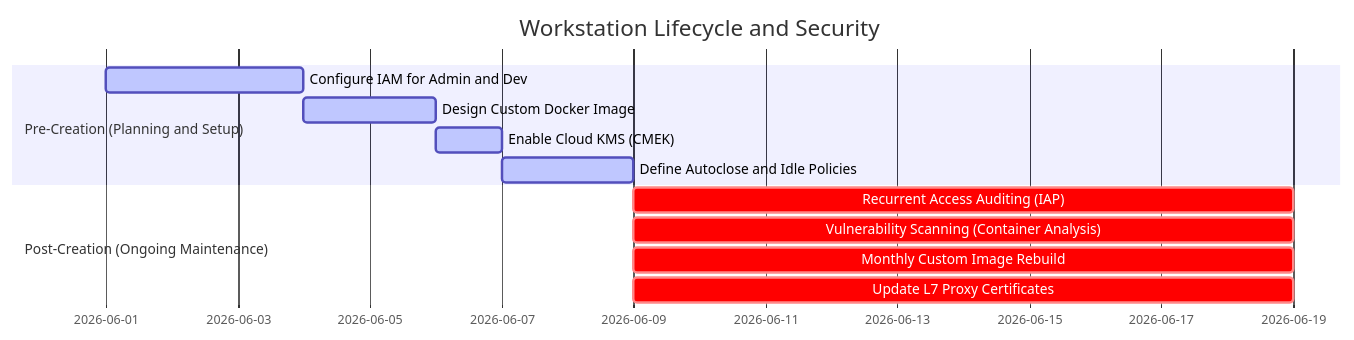
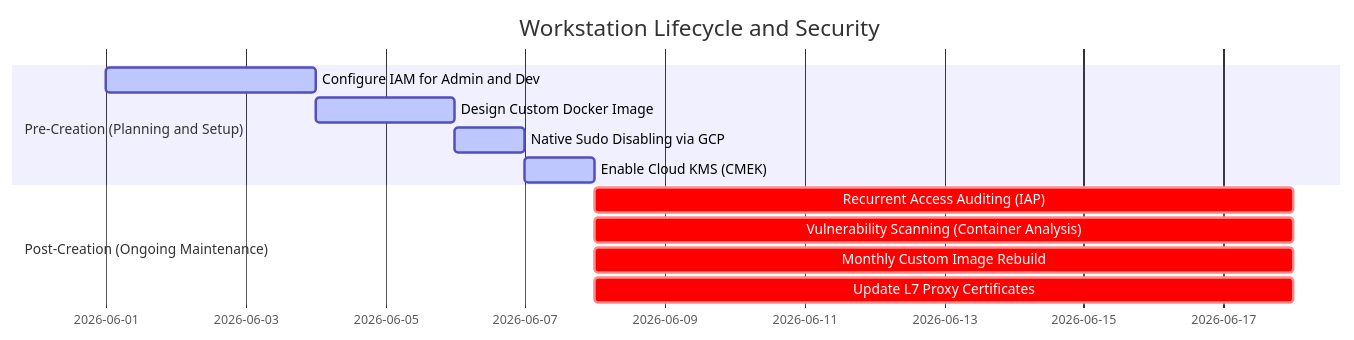
One commit to sahvieirag/cloud-workstations-custom changed the diagram in docs/maintenance_access_control_best_practices_en.md. Above: the diagram before and after it, drawn with Mermaid. The commit also changed other lines of this file and 9 other files, not shown here.

````diff
--- a/docs/maintenance_access_control_best_practices_en.md
+++ b/docs/maintenance_access_control_best_practices_en.md
@@ -13,15 +13,15 @@
 ```mermaid
 gantt
     title Workstation Lifecycle and Security
     dateFormat  YYYY-MM-DD
     section Pre-Creation (Planning and Setup)
     Configure IAM for Admin and Dev        :active, first_iam, 2026-06-01, 3d
     Design Custom Docker Image             :active, docker_design, after first_iam, 2d
-    Enable Cloud KMS (CMEK)                :active, kms_setup, after docker_design, 1d
-    Define Autoclose and Idle Policies    :active, policy_def, after kms_setup, 2d
+    Native Sudo Disabling via GCP          :active, sudo_disable, after docker_design, 1d
+    Enable Cloud KMS (CMEK)                :active, kms_setup, after sudo_disable, 1d
     section Post-Creation (Ongoing Maintenance)
-    Recurrent Access Auditing (IAP)        :crit, access_audit, after policy_def, 10d
-    Vulnerability Scanning (Container Analysis) :crit, vuln_scan, after policy_def, 10d
-    Monthly Custom Image Rebuild           :crit, image_rebuild, after policy_def, 10d
-    Update L7 Proxy Certificates           :crit, cert_update, after policy_def, 10d
+    Recurrent Access Auditing (IAP)        :crit, access_audit, after kms_setup, 10d
+    Vulnerability Scanning (Container Analysis) :crit, vuln_scan, after kms_setup, 10d
+    Monthly Custom Image Rebuild           :crit, image_rebuild, after kms_setup, 10d
+    Update L7 Proxy Certificates           :crit, cert_update, after kms_setup, 10d
 ```
````
